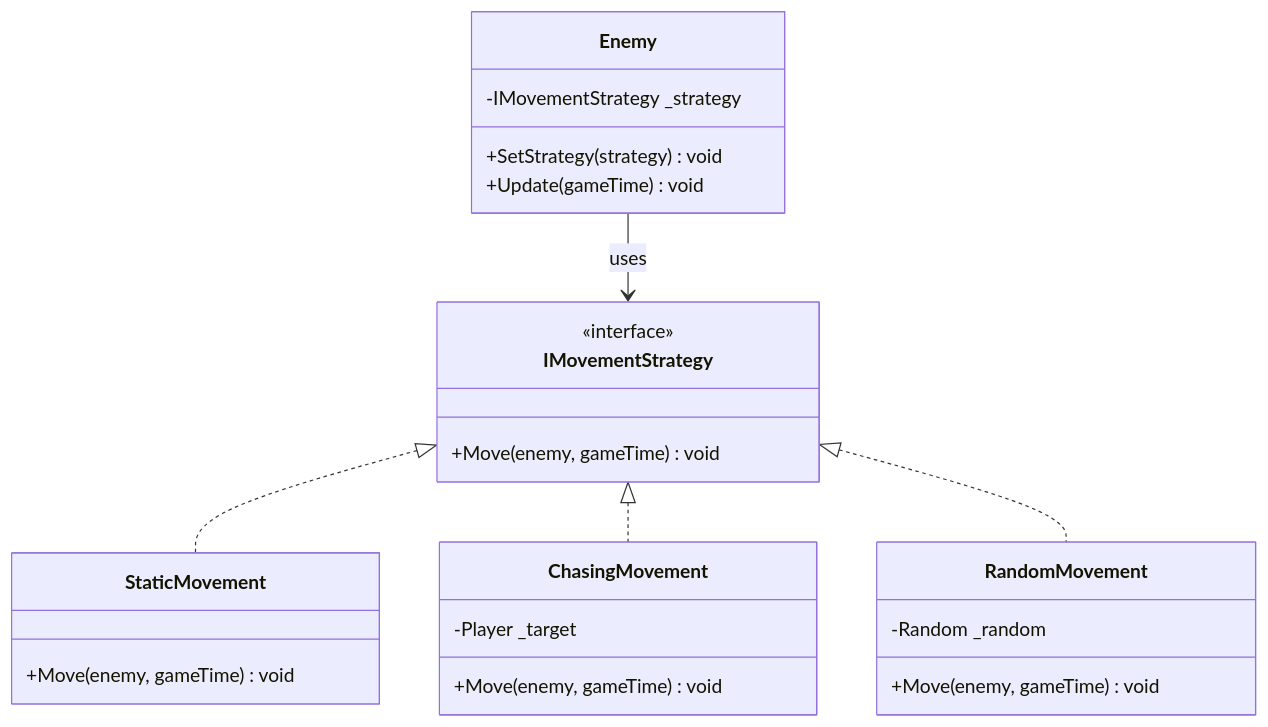
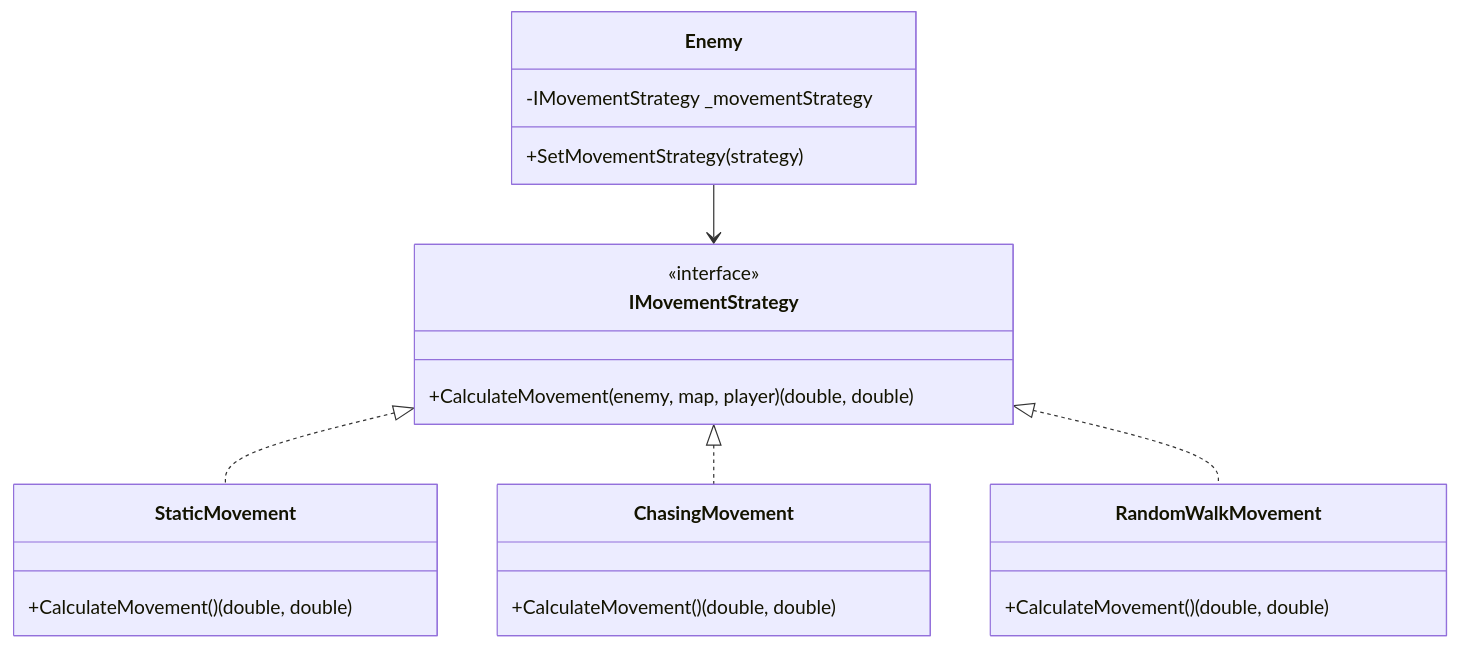
Before and after one commit to sudedincer/BombermanWithDesignPatterns: the first of 11 diagrams in DESIGN_DOCUMENT.md, drawn with Mermaid. The commit also changed other lines of this file and 1 other file, not shown here.

````diff
--- a/DESIGN_DOCUMENT.md
+++ b/DESIGN_DOCUMENT.md
@@ -142,32 +86,29 @@
 ```mermaid
 classDiagram
     class IMovementStrategy {
         <<interface>>
-        +Move(enemy, gameTime) void
+        +CalculateMovement(enemy, map, player) (double, double)
     }
     
     class StaticMovement {
-        +Move(enemy, gameTime) void
+        +CalculateMovement() (double, double)
     }
     
     class ChasingMovement {
-        -Player _target
-        +Move(enemy, gameTime) void
+        +CalculateMovement() (double, double)
     }
     
-    class RandomMovement {
-        -Random _random
-        +Move(enemy, gameTime) void
+    class RandomWalkMovement {
+        +CalculateMovement() (double, double)
     }
     
     class Enemy {
-        -IMovementStrategy _strategy
-        +SetStrategy(strategy) void
-        +Update(gameTime) void
+        -IMovementStrategy _movementStrategy
+        +SetMovementStrategy(strategy)
     }
     
     IMovementStrategy <|.. StaticMovement
     IMovementStrategy <|.. ChasingMovement
-    IMovementStrategy <|.. RandomMovement
-    Enemy --> IMovementStrategy : uses
+    IMovementStrategy <|.. RandomWalkMovement
+    Enemy --> IMovementStrategy
 ```
````
